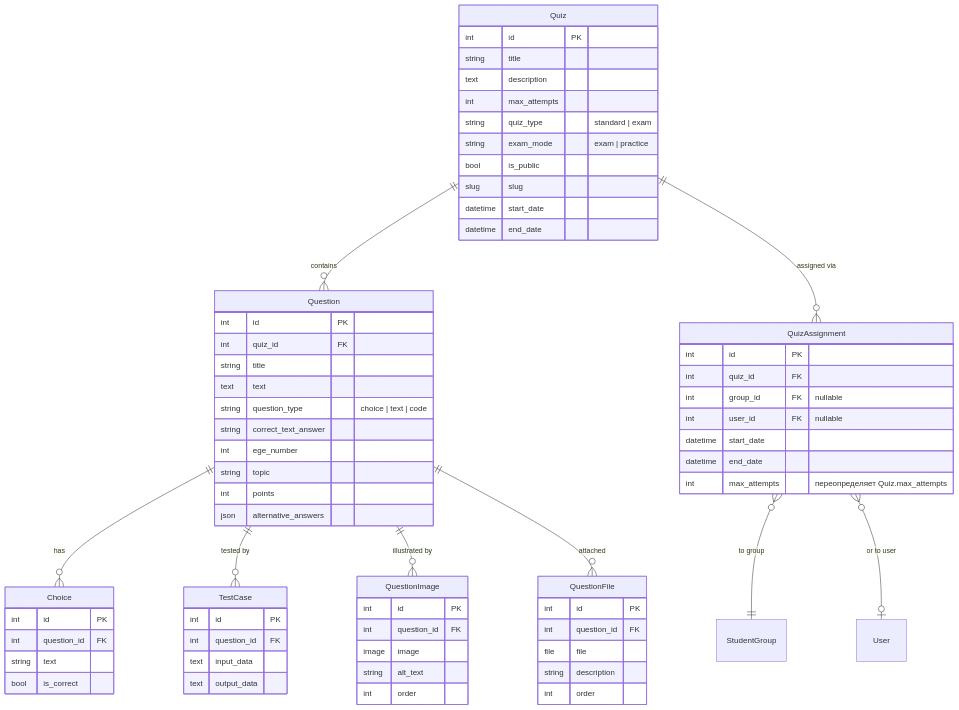
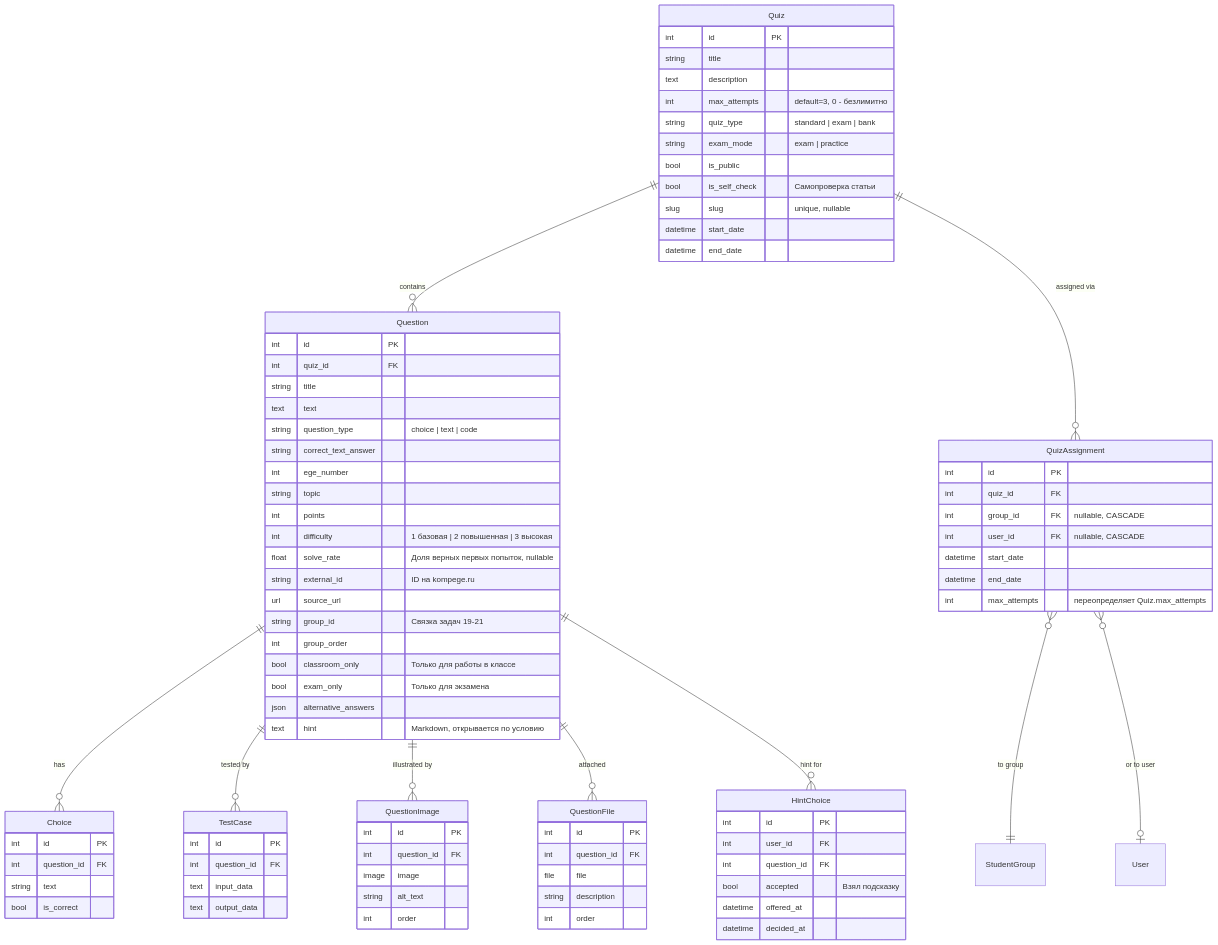
One commit to Kirill2517nv/SiteAboutMe changed the fourth of 10 diagrams in docs/database/er-diagram.md. Above: the diagram before and after it, drawn with Mermaid. The commit also changed other lines of this file and 40 other files, not shown here.

````diff
--- a/docs/database/er-diagram.md
+++ b/docs/database/er-diagram.md
@@ -115,16 +197,18 @@
     Question ||--o{ TestCase : "tested by"
     Question ||--o{ QuestionImage : "illustrated by"
     Question ||--o{ QuestionFile : "attached"
+    Question ||--o{ HintChoice : "hint for"
 
     Quiz {
         int id PK
         string title
         text description
-        int max_attempts
-        string quiz_type "standard | exam"
+        int max_attempts "default=3, 0 - безлимитно"
+        string quiz_type "standard | exam | bank"
         string exam_mode "exam | practice"
         bool is_public
-        slug slug
+        bool is_self_check "Самопроверка статьи"
+        slug slug "unique, nullable"
         datetime start_date
         datetime end_date
     }
@@ -132,8 +216,8 @@
     QuizAssignment {
         int id PK
         int quiz_id FK
-        int group_id FK "nullable"
-        int user_id FK "nullable"
+        int group_id FK "nullable, CASCADE"
+        int user_id FK "nullable, CASCADE"
         datetime start_date
         datetime end_date
         int max_attempts "переопределяет Quiz.max_attempts"
@@ -149,7 +233,16 @@
         int ege_number
         string topic
         int points
+        int difficulty "1 базовая | 2 повышенная | 3 высокая"
+        float solve_rate "Доля верных первых попыток, nullable"
+        string external_id "ID на kompege.ru"
+        url source_url
+        string group_id "Связка задач 19-21"
+        int group_order
+        bool classroom_only "Только для работы в классе"
+        bool exam_only "Только для экзамена"
         json alternative_answers
+        text hint "Markdown, открывается по условию"
     }
 
     Choice {
@@ -181,4 +274,13 @@
         string description
         int order
     }
+
+    HintChoice {
+        int id PK
+        int user_id FK
+        int question_id FK
+        bool accepted "Взял подсказку"
+        datetime offered_at
+        datetime decided_at
+    }
 ```
````
